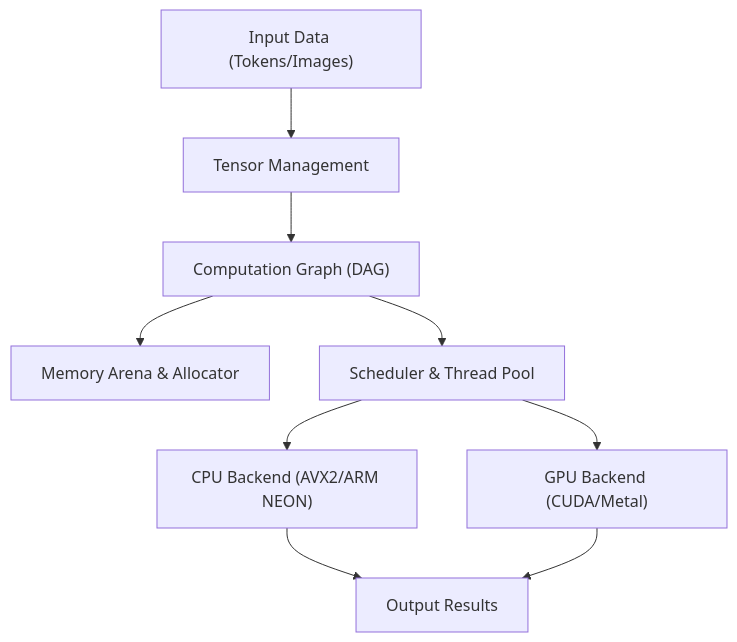
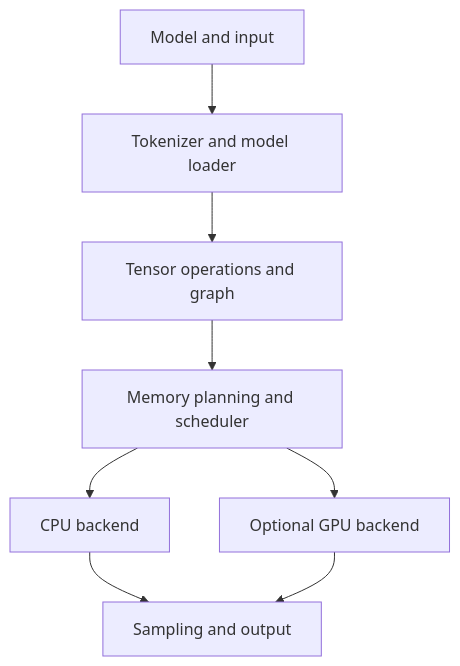
Before and after one commit to kenjinote/blog: the diagram in content/post/Python不要C++だけでAI推論エンジンを構築してみた/index.en.md, drawn with Mermaid. The commit also changed other lines of this file and 16 other files, not shown here.

````diff
--- a/content/post/Python不要C++だけでAI推論エンジンを構築してみた/index.en.md
+++ b/content/post/Python不要C++だけでAI推論エンジンを構築してみた/index.en.md
@@ -32,11 +22,10 @@
 ```mermaid
 graph TD
-    A["Input Data (Tokens/Images)"] --> B["Tensor Management"]
-    B --> C["Computation Graph (DAG)"]
-    C --> D["Memory Arena & Allocator"]
-    C --> E["Scheduler & Thread Pool"]
-    E --> F["CPU Backend (AVX2/ARM NEON)"]
-    E --> G["GPU Backend (CUDA/Metal)"]
-    F --> H["Output Results"]
-    G --> H
+    A["Model and input"] --> B["Tokenizer and model loader"]
+    B --> C["Tensor operations and graph"]
+    C --> D["Memory planning and scheduler"]
+    D --> E["CPU backend"]
+    D --> FGPU["Optional GPU backend"]
+    E --> G["Sampling and output"]
+    FGPU --> G
 ```
````
